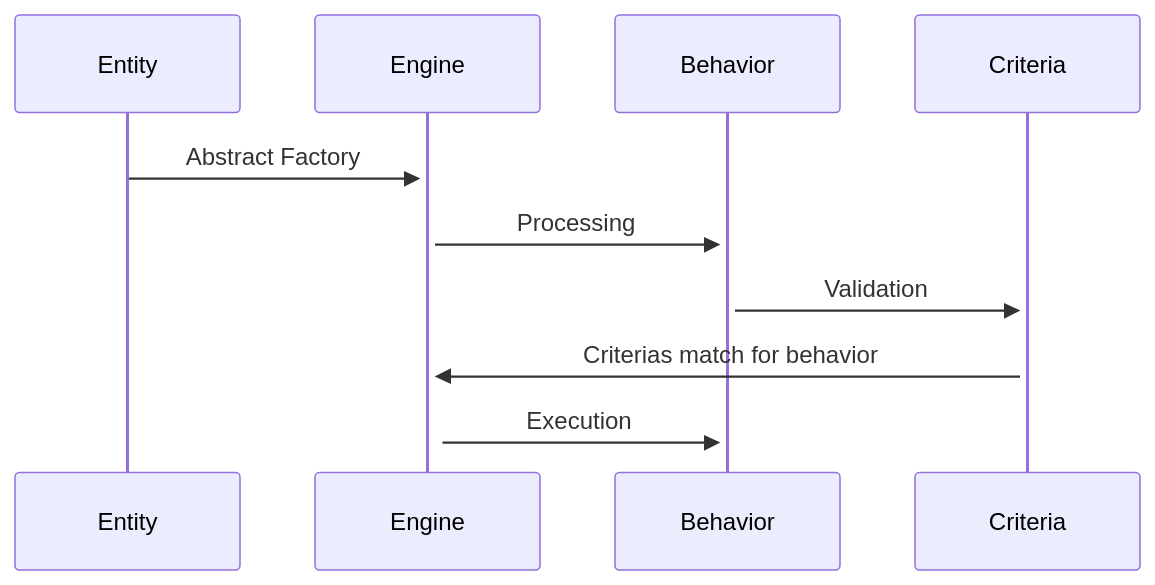
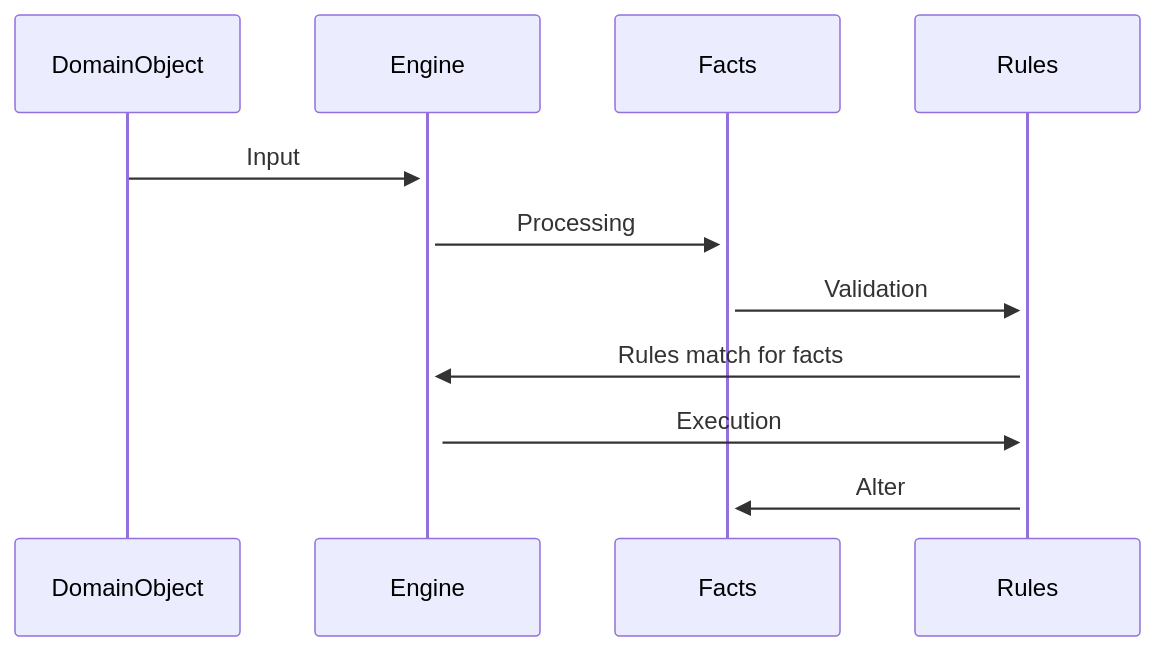
The diagram in README.md (gromatluidgi/ProductionRuleSystemPOC), drawn with Mermaid before and after one commit. The commit also changed other lines of this file and 42 other files, not shown here.

````diff
--- a/README.md
+++ b/README.md
@@ -5,13 +3,14 @@
 ```mermaid
 sequenceDiagram
-    participant Entity
+    participant DomainObject
     participant Engine
-    participant Behavior
-    participant Criteria
+    participant Facts
+    participant Rules
 
-    Entity->>+Engine: Abstract Factory
-    Engine->>+Behavior: Processing
-    Behavior->>+Criteria: Validation
-    Criteria->>+Engine: Criterias match for behavior
-    Engine->>+Behavior: Execution
+    DomainObject->>+Engine: Input
+    Engine->>+Facts: Processing
+    Facts->>+Rules: Validation
+    Rules->>+Engine: Rules match for facts
+    Engine->>+Rules: Execution
+    Rules->>+Facts: Alter
 ```
````
